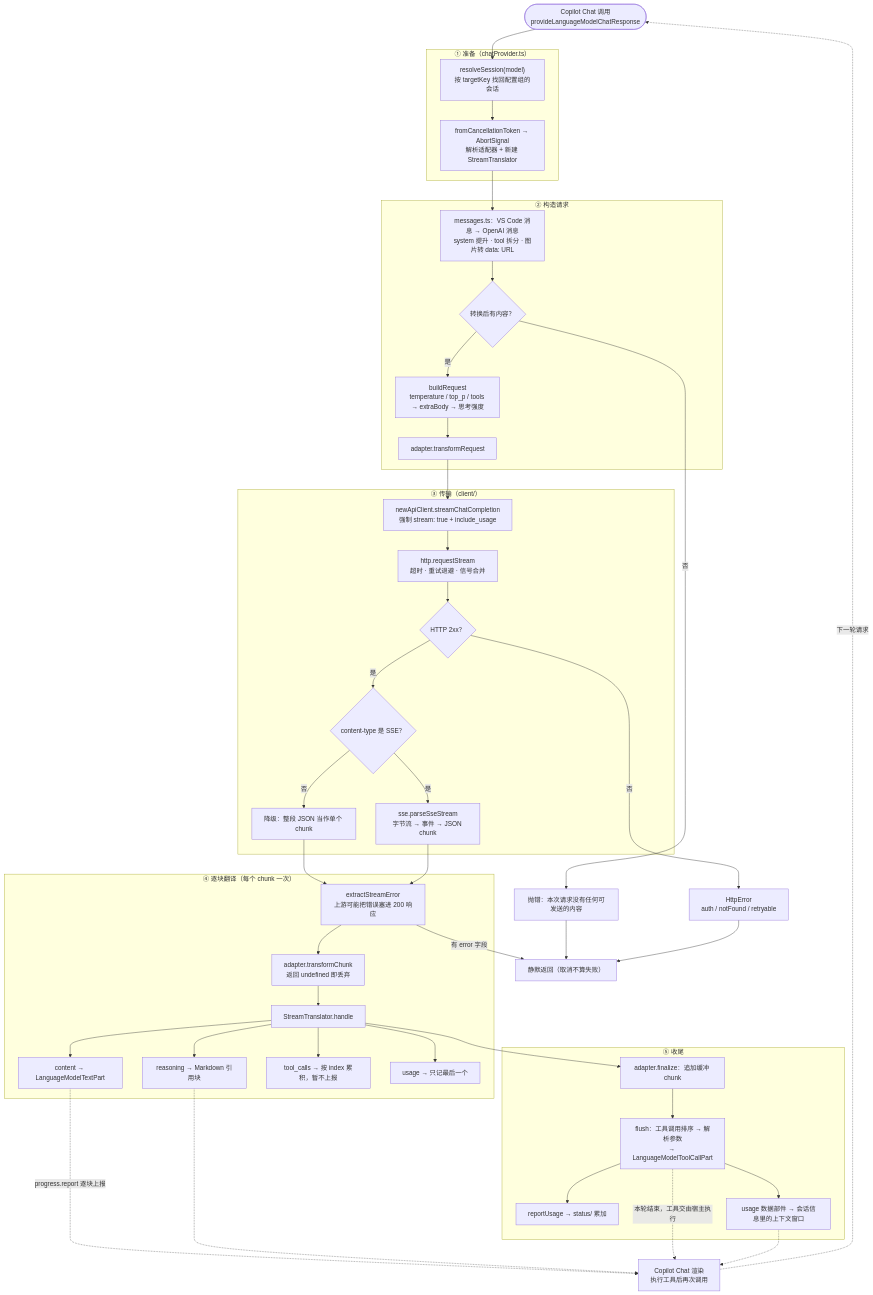
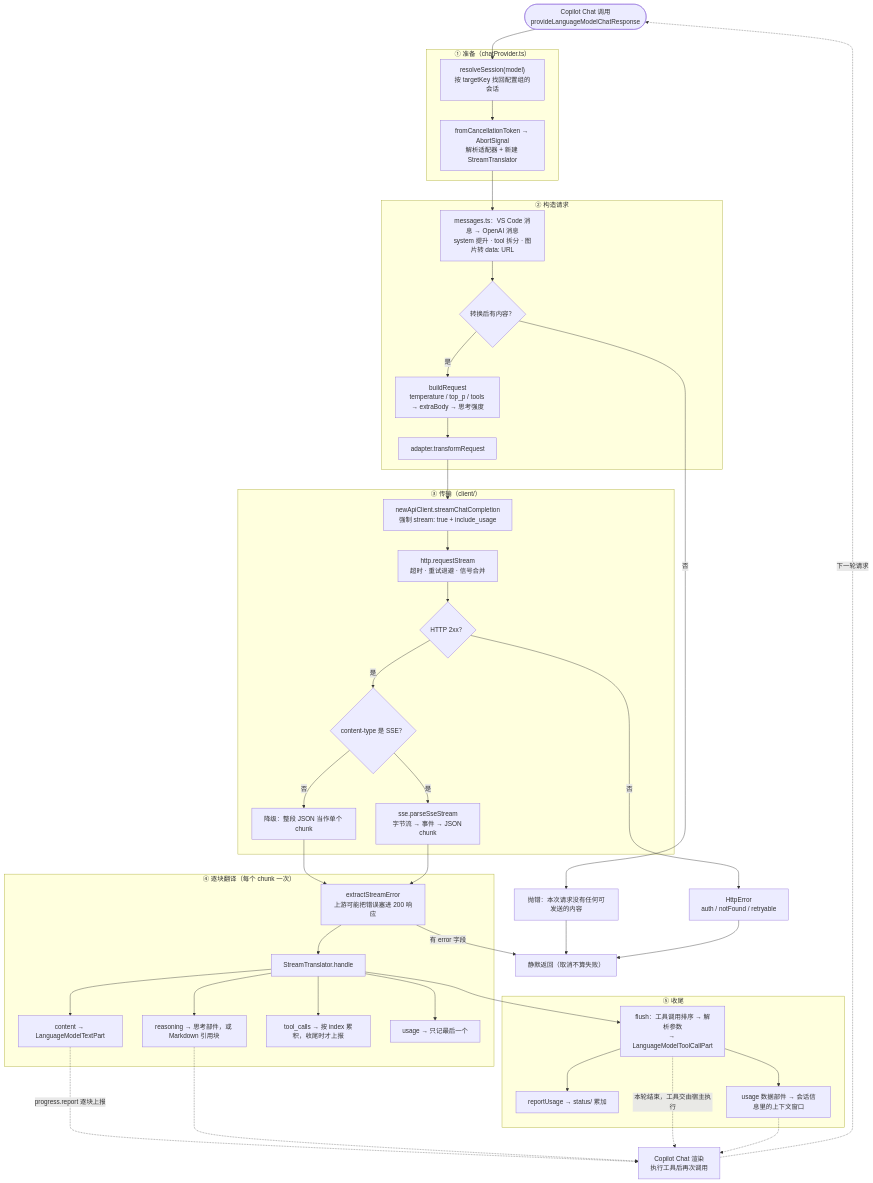
Before and after one commit to zephyraluco/newapi-copilot-chat: the second of 5 diagrams in docs/ARCHITECTURE.md, drawn with Mermaid. The commit also changed other lines of this file and 16 other files, not shown here.

````diff
--- a/docs/ARCHITECTURE.md
+++ b/docs/ARCHITECTURE.md
@@ -68,65 +68,63 @@
 ```mermaid
 flowchart TD
     start(["Copilot Chat 调用<br/>provideLanguageModelChatResponse"])
 
     subgraph s1["① 准备（chatProvider.ts）"]
         a1["resolveSession(model)<br/>按 targetKey 找回配置组的会话"]
         a2["fromCancellationToken → AbortSignal<br/>解析适配器 + 新建 StreamTranslator"]
     end
 
     subgraph s2["② 构造请求"]
         b1["messages.ts：VS Code 消息 → OpenAI 消息<br/>system 提升 · tool 拆分 · 图片转 data: URL"]
         b2{"转换后有内容？"}
         b3["buildRequest<br/>temperature / top_p / tools → extraBody → 思考强度"]
         b4["adapter.transformRequest"]
     end
 
     subgraph s3["③ 传输（client/）"]
         c1["newApiClient.streamChatCompletion<br/>强制 stream: true + include_usage"]
         c2["http.requestStream<br/>超时 · 重试退避 · 信号合并"]
         c3{"HTTP 2xx？"}
         c4{"content-type 是 SSE？"}
         c5["降级：整段 JSON 当作单个 chunk"]
         c6["sse.parseSseStream<br/>字节流 → 事件 → JSON chunk"]
     end
 
     subgraph s4["④ 逐块翻译（每个 chunk 一次）"]
         d1["extractStreamError<br/>上游可能把错误塞进 200 响应"]
-        d2["adapter.transformChunk<br/>返回 undefined 即丢弃"]
         d3["StreamTranslator.handle"]
         d4["content → LanguageModelTextPart"]
-        d5["reasoning → Markdown 引用块"]
-        d6["tool_calls → 按 index 累积，暂不上报"]
+        d5["reasoning → 思考部件，或 Markdown 引用块"]
+        d6["tool_calls → 按 index 累积，收尾时才上报"]
         d7["usage → 只记最后一个"]
     end
 
     subgraph s5["⑤ 收尾"]
-        e1["adapter.finalize：追加缓冲 chunk"]
         e2["flush：工具调用排序 → 解析参数<br/>→ LanguageModelToolCallPart"]
         e3["reportUsage → status/ 累加"]
         e4["usage 数据部件 → 会话信息里的上下文窗口"]
     end
 
     host["Copilot Chat 渲染<br/>执行工具后再次调用"]
     failed["静默返回（取消不算失败）"]
 
     start --> a1 --> a2 --> b1 --> b2
     b2 -->|"否"| b2e["抛错：本次请求没有任何可发送的内容"] --> failed
     b2 -->|"是"| b3 --> b4 --> c1 --> c2 --> c3
     c3 -->|"否"| c3e["HttpError<br/>auth / notFound / retryable"] --> failed
     c3 -->|"是"| c4
     c4 -->|"否"| c5 --> d1
     c4 -->|"是"| c6 --> d1
     d1 -->|"有 error 字段"| failed
-    d1 --> d2 --> d3
+    d1 --> d3
     d3 --> d4
     d3 --> d5
     d3 --> d6
     d3 --> d7
     d4 -.->|"progress.report 逐块上报"| host
     d5 -.-> host
-    d3 --> e1 --> e2 --> e3
+    d3 --> e2 --> e3
     e2 -.->|"本轮结束，工具交由宿主执行"| host
     e2 --> e4 -.-> host
     host -.->|"下一轮请求"| start
 ```
````
